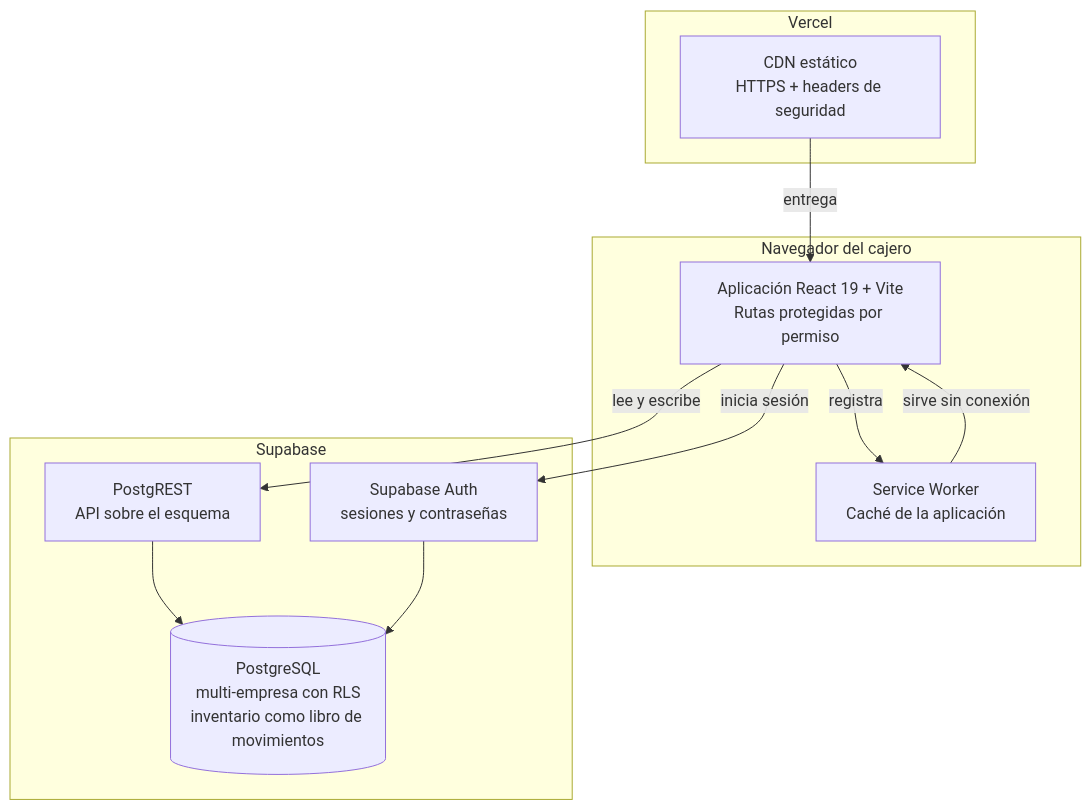
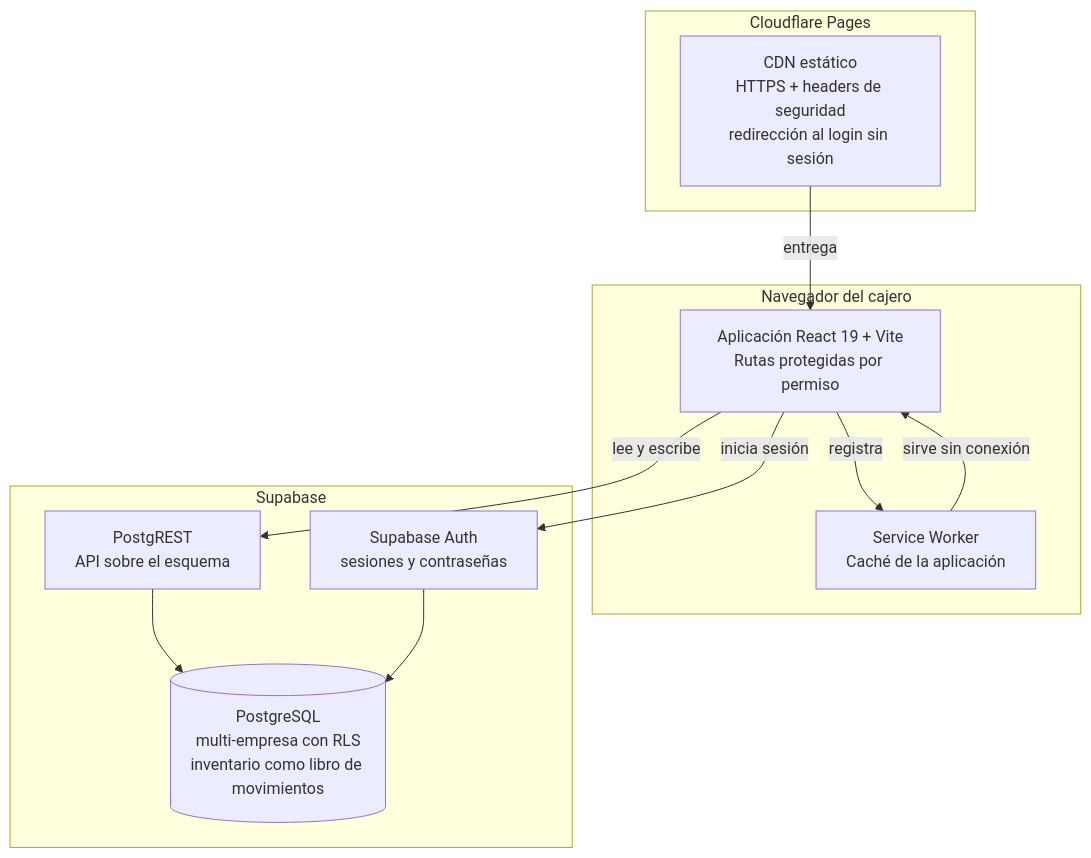
The second of 3 diagrams in docs/arquitectura.md (oviedoarnold/Sistema-LUNACELL), drawn with Mermaid before and after one commit. The commit also changed other lines of this file and 7 other files, not shown here.

First line of the commit message:
docs(despliegue): Cloudflare Pages como alojamiento de producción

````diff
--- a/docs/arquitectura.md
+++ b/docs/arquitectura.md
@@ -53,25 +56,25 @@
 ```mermaid
 flowchart TB
   subgraph navegador["Navegador del cajero"]
     spa["Aplicación React 19 + Vite<br/>Rutas protegidas por permiso"]
     sw["Service Worker<br/>Caché de la aplicación"]
   end
 
-  subgraph vercel["Vercel"]
-    cdn["CDN estático<br/>HTTPS + headers de seguridad"]
+  subgraph cloudflare["Cloudflare Pages"]
+    cdn["CDN estático<br/>HTTPS + headers de seguridad<br/>redirección al login sin sesión"]
   end
 
   subgraph supabase["Supabase"]
     api["PostgREST<br/>API sobre el esquema"]
     db[("PostgreSQL<br/>multi-empresa con RLS<br/>inventario como libro de movimientos")]
     auth["Supabase Auth<br/>sesiones y contraseñas"]
   end
 
   spa -->|"registra"| sw
   sw -->|"sirve sin conexión"| spa
   cdn -->|"entrega"| spa
   spa -->|"lee y escribe"| api
   api --> db
   spa -->|"inicia sesión"| auth
   auth --> db
 ```
````
